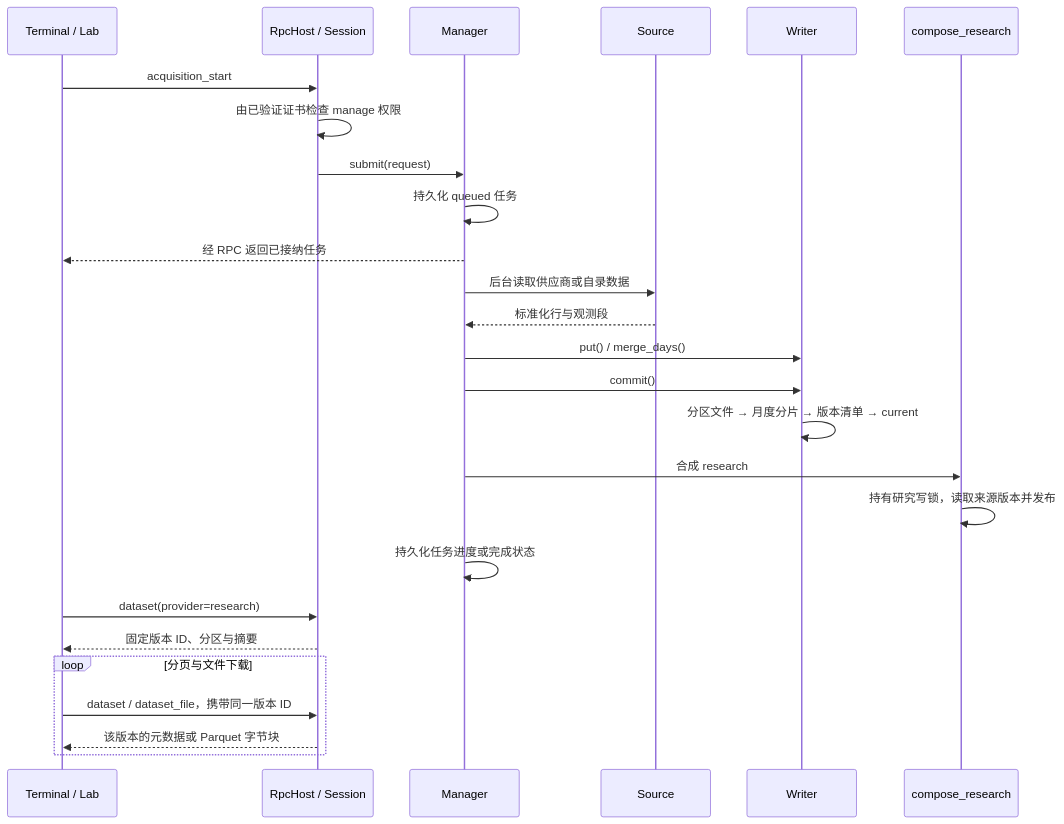
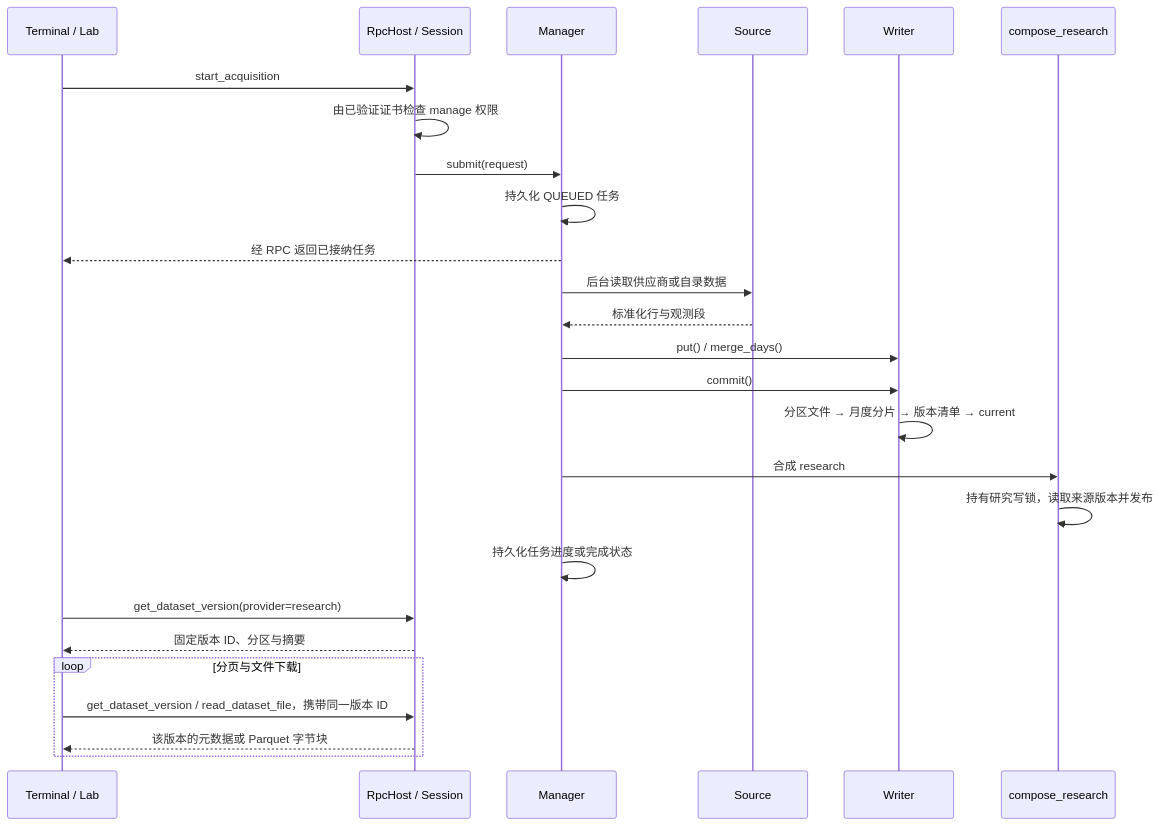
One commit to isqiwen/asterion-terminal changed the fifth of 5 diagrams in docs/market-design.md. Above: the diagram before and after it, drawn with Mermaid. The commit also changed other lines of this file and 60 other files, not shown here.

````diff
--- a/docs/market-design.md
+++ b/docs/market-design.md
@@ -162,28 +162,28 @@
 ```mermaid
 sequenceDiagram
     participant Client as Terminal / Lab
     participant RPC as RpcHost / Session
     participant Manager
     participant Source
     participant Writer
     participant Research as compose_research
-    Client->>RPC: acquisition_start
+    Client->>RPC: start_acquisition
     RPC->>RPC: 由已验证证书检查 manage 权限
     RPC->>Manager: submit(request)
-    Manager->>Manager: 持久化 queued 任务
+    Manager->>Manager: 持久化 QUEUED 任务
     Manager-->>Client: 经 RPC 返回已接纳任务
     Manager->>Source: 后台读取供应商或自录数据
     Source-->>Manager: 标准化行与观测段
     Manager->>Writer: put() / merge_days()
     Manager->>Writer: commit()
     Writer->>Writer: 分区文件 → 月度分片 → 版本清单 → current
     Manager->>Research: 合成 research
     Research->>Research: 持有研究写锁，读取来源版本并发布
     Manager->>Manager: 持久化任务进度或完成状态
-    Client->>RPC: dataset(provider=research)
+    Client->>RPC: get_dataset_version(provider=research)
     RPC-->>Client: 固定版本 ID、分区与摘要
     loop 分页与文件下载
-        Client->>RPC: dataset / dataset_file，携带同一版本 ID
+        Client->>RPC: get_dataset_version / read_dataset_file，携带同一版本 ID
         RPC-->>Client: 该版本的元数据或 Parquet 字节块
     end
 ```
````
